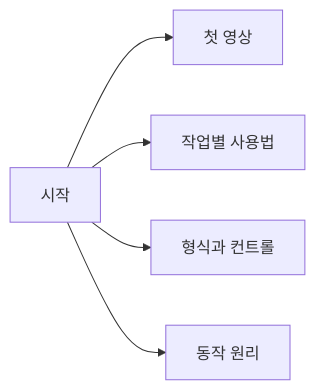
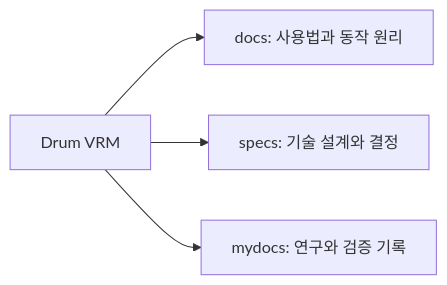
The diagram in README.ko.md (postmelee/drum-vrm), drawn with Mermaid before and after one commit. The commit also changed other lines of this file and 9 other files, not shown here.

````diff
--- a/README.ko.md
+++ b/README.ko.md
@@ -13,7 +13,6 @@
 ```mermaid
 flowchart LR
-  Start["시작"] --> Learn["첫 영상"]
-  Start --> Do["작업별 사용법"]
-  Start --> Look["형식과 컨트롤"]
-  Start --> Why["동작 원리"]
+  Start["Drum VRM"] --> Guides["docs: 사용법과 동작 원리"]
+  Start --> Design["specs: 기술 설계와 결정"]
+  Start --> Records["mydocs: 연구와 검증 기록"]
 ```
````
